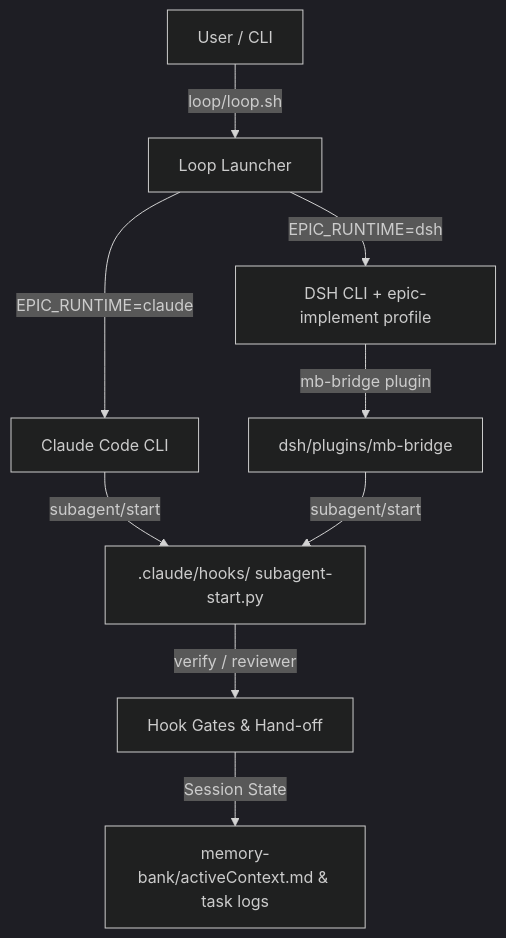
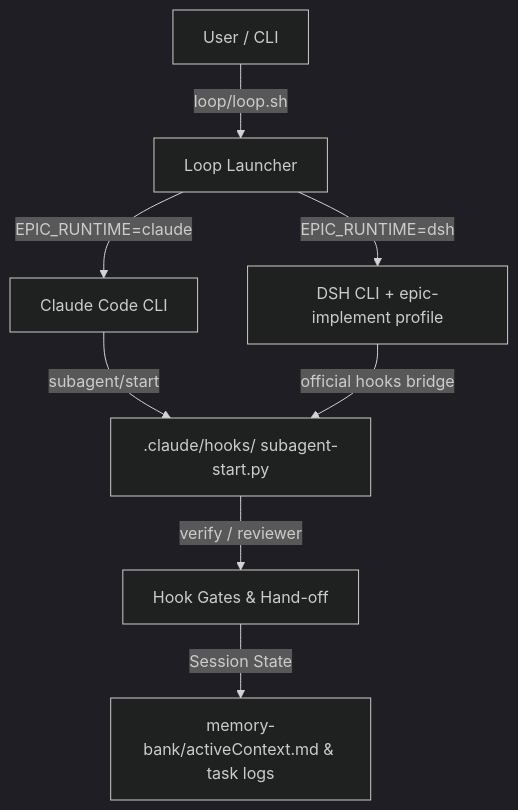
Before and after one commit to aeroalgo/dev-hub: the diagram in memory-bank/architecture/services-dataflow.md, drawn with Mermaid (dark theme). The commit also changed other lines of this file and 80 other files, not shown here.

````diff
--- a/memory-bank/architecture/services-dataflow.md
+++ b/memory-bank/architecture/services-dataflow.md
@@ -13,13 +13,12 @@
 ```mermaid
 graph TD
     User[User / CLI] -->|loop/loop.sh| LoopSh[Loop Launcher]
     LoopSh -->|EPIC_RUNTIME=claude| CC[Claude Code CLI]
     LoopSh -->|EPIC_RUNTIME=dsh| DSH[DSH CLI + epic-implement profile]
     
     CC -->|subagent/start| CC_Hooks[.claude/hooks/ subagent-start.py]
-    DSH -->|mb-bridge plugin| Bridge[dsh/plugins/mb-bridge]
-    Bridge -->|subagent/start| CC_Hooks
+    DSH -->|official hooks bridge| CC_Hooks
     
     CC_Hooks -->|verify / reviewer| Gates[Hook Gates & Hand-off]
     Gates -->|Session State| SessLog[memory-bank/activeContext.md & task logs]
 ```
````
